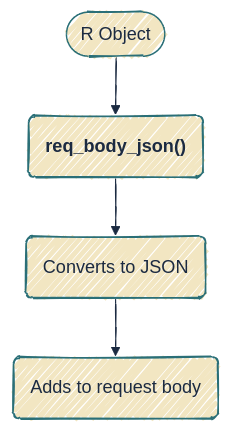
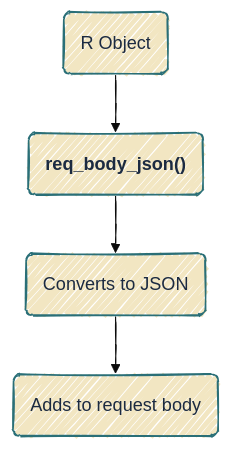
One commit to mjfrigaard/do4ds-labs changed the third of 6 diagrams in r-app-api.qmd. Above: the diagram before and after it, drawn with Mermaid. The commit also changed other lines of this file and 37 other files, not shown here.

Commit message:
updates to mermaid

````diff
--- a/r-app-api.qmd
+++ b/r-app-api.qmd
@@ -314,12 +318,13 @@
 ```{mermaid}
 %%| fig-width: 6.5
 %%| fig-align: center
-%%{init: {'theme': 'base', 'look': 'handDrawn', 'themeVariables': { 'fontFamily': 'monospace', 'primaryColor': '#F2E6C2', 'primaryBorderColor': '#2A6F77', 'primaryTextColor': '#1B2A41', 'secondaryColor': '#d4e7e4', 'tertiaryColor': '#f5f0e4', 'lineColor': '#1B2A41', 'edgeLabelBackground': '#F2E6C2'}}}%%
+%%{init: {'theme': 'base', 'look': 'handDrawn', 'themeVariables': {'fontFamily': 'monospace'}}}%%
 
 graph TD
-	A(["R Object"]) --> B("<strong>req_body_json()</strong>")
+	A("R Object") --> B("<strong>req_body_json()</strong>")
 	B --> C("Converts to JSON")
 	C --> D("Adds to request body")
+    classDef default fill:#F2E6C2,stroke:#2A6F77,color:#1B2A41
 
 
 ```
````
